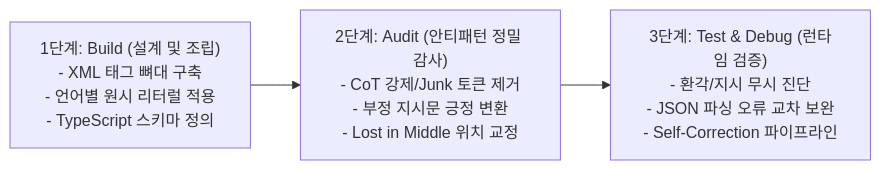
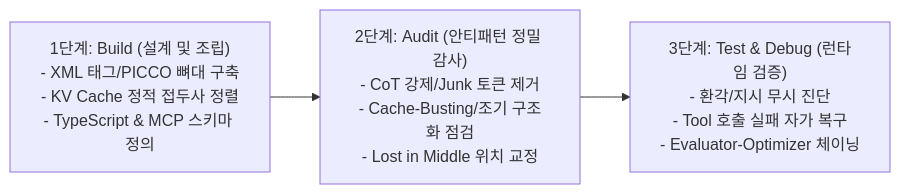
Before and after one commit to jin20203458/Obsidian.Agent: the diagram in ai_agent_refs/AI_Prompt_Engineering_Guidelines.md, drawn with Mermaid. The commit also changed other lines of this file and 3 other files, not shown here.

````diff
--- a/ai_agent_refs/AI_Prompt_Engineering_Guidelines.md
+++ b/ai_agent_refs/AI_Prompt_Engineering_Guidelines.md
@@ -23,5 +24,5 @@
 ```mermaid
 flowchart LR
-    A["1단계: Build (설계 및 조립)<br/>- XML 태그 뼈대 구축<br/>- 언어별 원시 리터럴 적용<br/>- TypeScript 스키마 정의"] --> B["2단계: Audit (안티패턴 정밀 감사)<br/>- CoT 강제/Junk 토큰 제거<br/>- 부정 지시문 긍정 변환<br/>- Lost in Middle 위치 교정"]
-    B --> C["3단계: Test & Debug (런타임 검증)<br/>- 환각/지시 무시 진단<br/>- JSON 파싱 오류 교차 보완<br/>- Self-Correction 파이프라인"]
+    A["1단계: Build (설계 및 조립)<br/>- XML 태그/PICCO 뼈대 구축<br/>- KV Cache 정적 접두사 정렬<br/>- TypeScript & MCP 스키마 정의"] --> B["2단계: Audit (안티패턴 정밀 감사)<br/>- CoT 강제/Junk 토큰 제거<br/>- Cache-Busting/조기 구조화 점검<br/>- Lost in Middle 위치 교정"]
+    B --> C["3단계: Test & Debug (런타임 검증)<br/>- 환각/지시 무시 진단<br/>- Tool 호출 실패 자가 복구<br/>- Evaluator-Optimizer 체이닝"]
 ```
````
